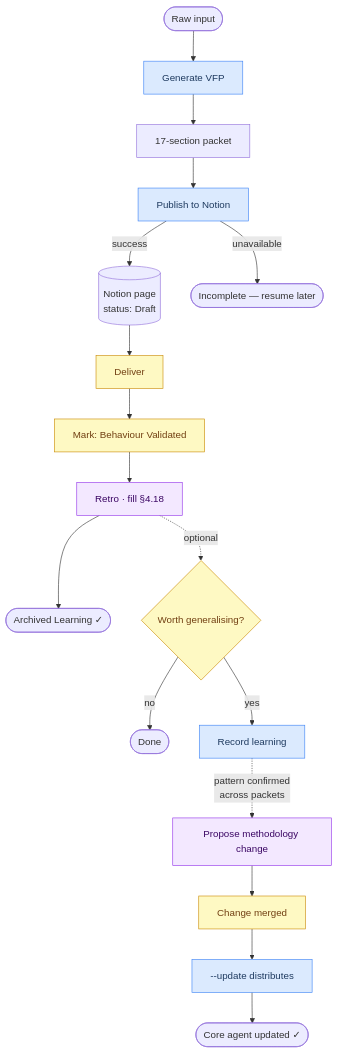
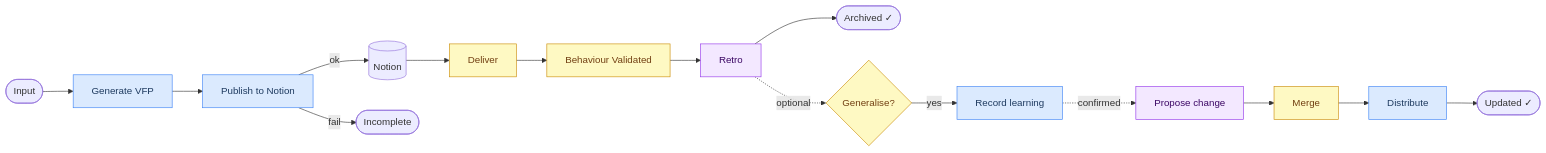
Before and after one commit to jgleal/vfp-agent: the diagram in README.md, drawn with Mermaid. The commit also changed other lines of this file, not shown here.

Commit message:
docs: compact flow diagram — LR layout, shorter labels, fewer nodes

````diff
--- a/README.md
+++ b/README.md
@@ -11,24 +11,21 @@
 ```mermaid
-flowchart TD
-    A([Raw input]) --> B[Generate VFP]:::agent
-    B --> C[17-section packet]
-    C --> D[Publish to Notion]:::agent
-    D -- success --> E[(Notion page\nstatus: Draft)]
-    D -- unavailable --> F([Incomplete — resume later])
+flowchart LR
+    A([Input]) --> B[Generate VFP]:::agent
+    B --> D[Publish to Notion]:::agent
+    D -- ok --> E[(Notion)]
+    D -- fail --> F([Incomplete])
     E --> G[Deliver]:::human
-    G --> H[Mark: Behaviour Validated]:::human
-    H --> I[Retro · fill §4.18]:::collab
-    I --> J([Archived Learning ✓])
-
-    I -.->|optional| K{Worth generalising?}:::human
-    K -- no --> L([Done])
+    G --> H[Behaviour Validated]:::human
+    H --> I[Retro]:::collab
+    I --> J([Archived ✓])
+    I -.->|optional| K{Generalise?}:::human
     K -- yes --> M[Record learning]:::agent
-    M -.->|pattern confirmed\nacross packets| P[Propose methodology change]:::collab
-    P --> Q[Change merged]:::human
-    Q --> R[--update distributes]:::agent
-    R --> S([Core agent updated ✓])
+    M -.->|confirmed| P[Propose change]:::collab
+    P --> Q[Merge]:::human
+    Q --> R[Distribute]:::agent
+    R --> S([Updated ✓])
 
     classDef agent fill:#dbeafe,stroke:#3b82f6,color:#1e3a5f
     classDef human fill:#fef9c3,stroke:#ca8a04,color:#713f12
     classDef collab fill:#f3e8ff,stroke:#9333ea,color:#3b0764
 ```
````
